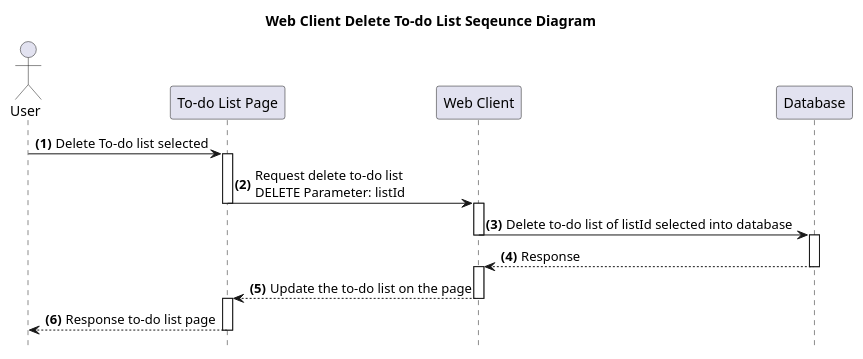
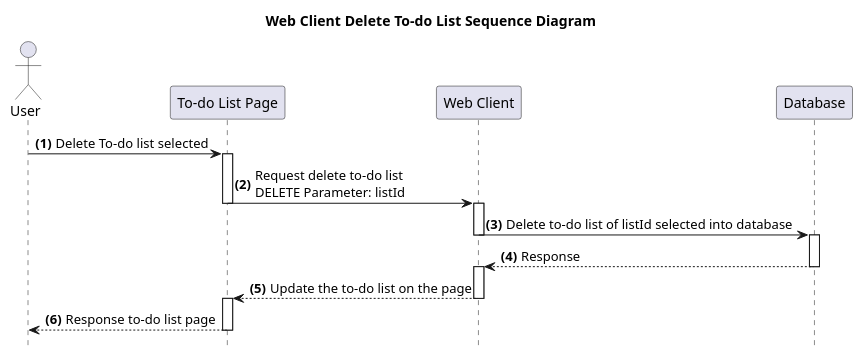
Before and after one commit to Kritsanawipankhet/CE64-41: the diagram in documents/diagrams/src/web-client/To-do-ListDelete.wsd, drawn with PlantUML. The commit also changed 12 other files, not shown here.

Commit message:
edit title diagram

```diff
--- a/documents/diagrams/src/web-client/To-do-ListDelete.wsd
+++ b/documents/diagrams/src/web-client/To-do-ListDelete.wsd
@@ -1,12 +1,12 @@
 @startuml Web Client Delete To-do List
-title **Web Client Delete To-do List** Seqeunce Diagram
+title **Web Client Delete To-do List** Sequence Diagram
 hide footbox
 Actor User
 autonumber "<b>(0)"
 User -> "To-do List Page" ++: Delete To-do list selected
 "To-do List Page" -> "Web Client" --++: Request delete to-do list \nDELETE Parameter: listId
 "Web Client" -> "Database" --++: Delete to-do list of listId selected into database
 "Database" --> "Web Client" --++: Response 
 "Web Client" --> "To-do List Page" --++: Update the to-do list on the page
 "To-do List Page" --> "User" --: Response to-do list page
 @enduml
```
